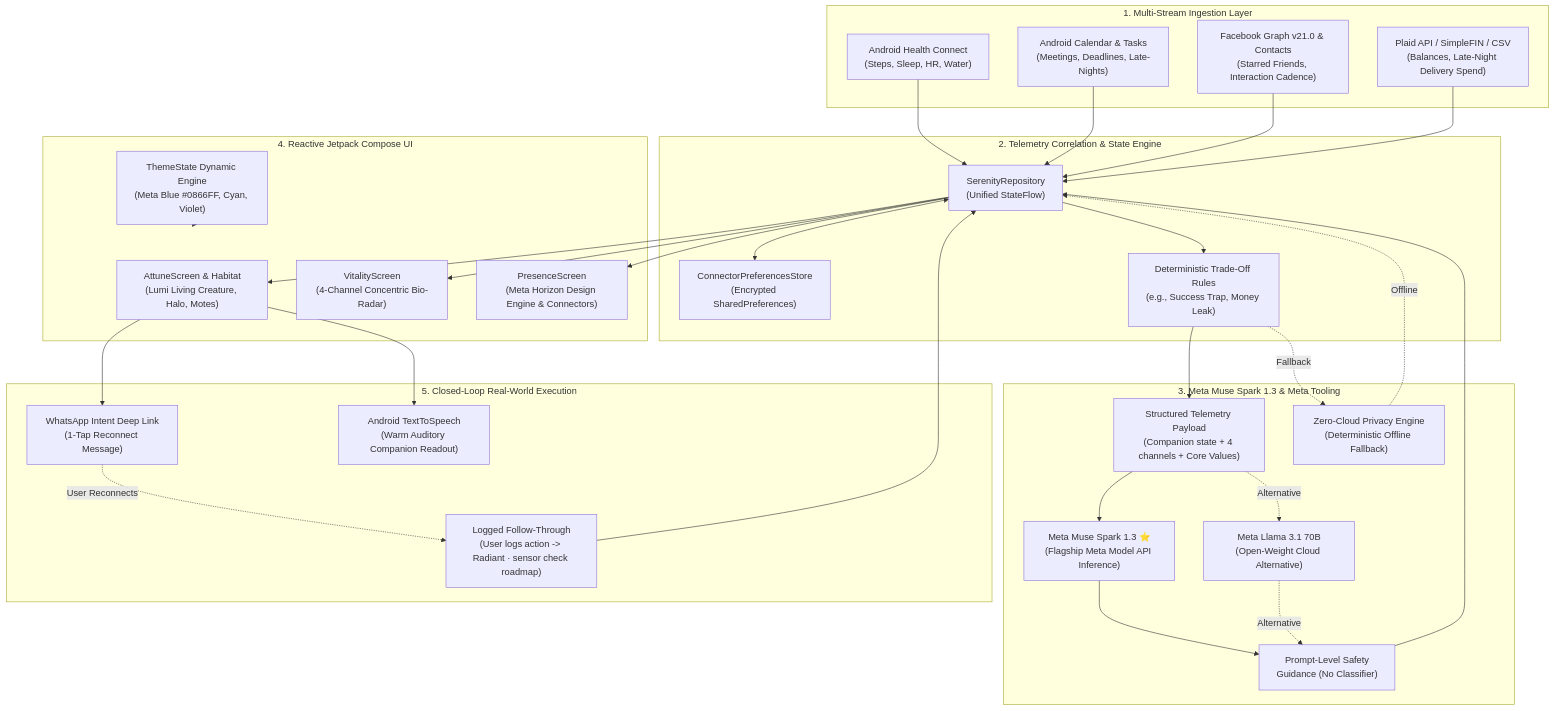
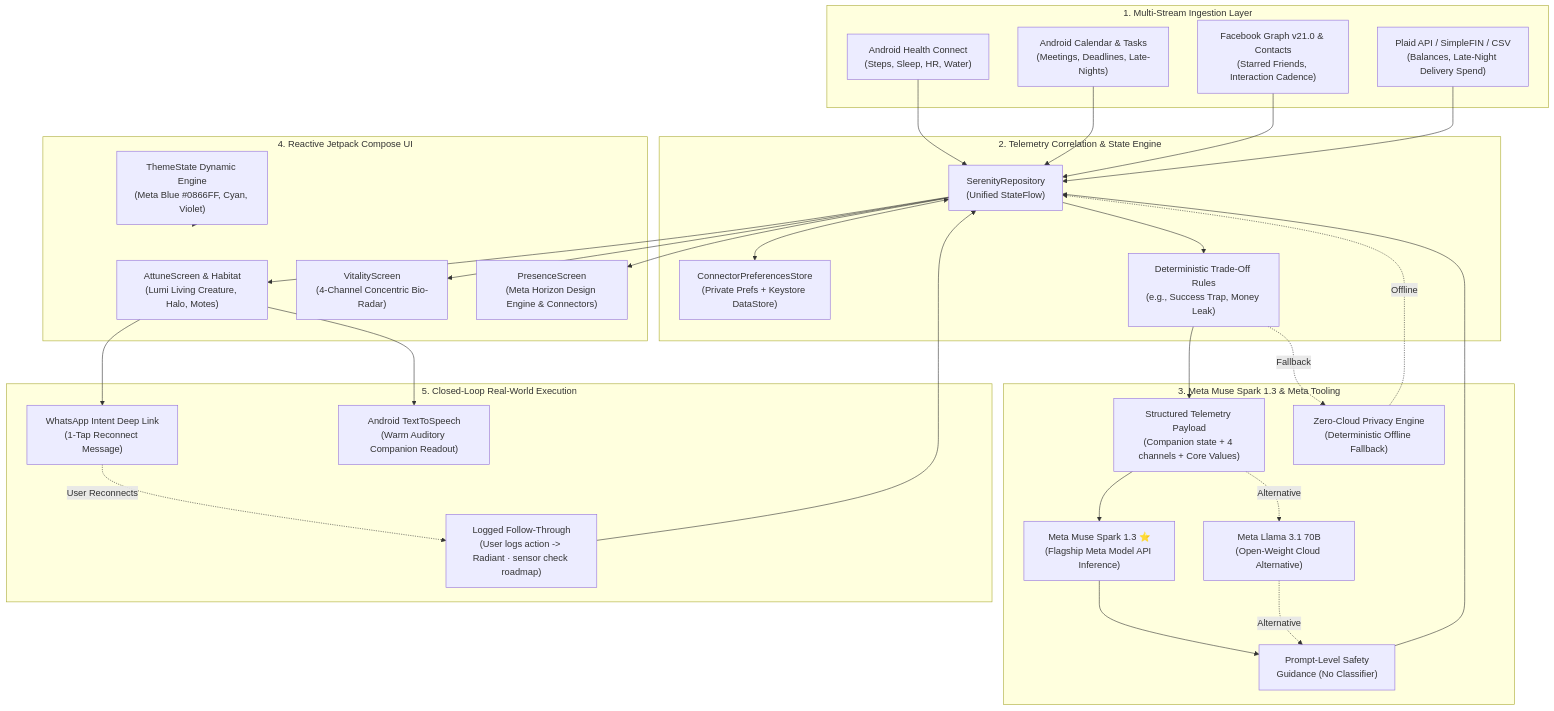
Before and after one commit to ashrafi/LifeSOS: the first of 2 diagrams in README.md, drawn with Mermaid. The commit also changed other lines of this file and 11 other files, not shown here.

````diff
--- a/README.md
+++ b/README.md
@@ -112,62 +112,62 @@
 ```mermaid
 flowchart TD
     subgraph DataSources["1. Multi-Stream Ingestion Layer"]
         HC["Android Health Connect<br/>(Steps, Sleep, HR, Water)"]
         CAL["Android Calendar & Tasks<br/>(Meetings, Deadlines, Late-Nights)"]
         SOC["Facebook Graph v21.0 & Contacts<br/>(Starred Friends, Interaction Cadence)"]
         FIN["Plaid API / SimpleFIN / CSV<br/>(Balances, Late-Night Delivery Spend)"]
     end
 
     subgraph CoreEngine["2. Telemetry Correlation & State Engine"]
         REPO["SerenityRepository<br/>(Unified StateFlow)"]
-        STORE["ConnectorPreferencesStore<br/>(Encrypted SharedPreferences)"]
+        STORE["ConnectorPreferencesStore<br/>(Private Prefs + Keystore DataStore)"]
         RULES["Deterministic Trade-Off Rules<br/>(e.g., Success Trap, Money Leak)"]
     end
 
     subgraph MetaIntelligence["3. Meta Muse Spark 1.3 & Meta Tooling"]
         PROMPT["Structured Telemetry Payload<br/>(Companion state + 4 channels + Core Values)"]
         SPARK["Meta Muse Spark 1.3 ⭐<br/>(Flagship Meta Model API Inference)"]
         LLAMA["Meta Llama 3.1 70B<br/>(Open-Weight Cloud Alternative)"]
         SAFETY["Prompt-Level Safety<br/>Guidance (No Classifier)"]
         LOCAL["Zero-Cloud Privacy Engine<br/>(Deterministic Offline Fallback)"]
     end
 
     subgraph UIExperience["4. Reactive Jetpack Compose UI"]
         HABITAT["AttuneScreen & Habitat<br/>(Lumi Living Creature, Halo, Motes)"]
         RADAR["VitalityScreen<br/>(4-Channel Concentric Bio-Radar)"]
         SETTINGS["PresenceScreen<br/>(Meta Horizon Design Engine & Connectors)"]
         THEME["ThemeState Dynamic Engine<br/>(Meta Blue #0866FF, Cyan, Violet)"]
     end
 
     subgraph Actions["5. Closed-Loop Real-World Execution"]
         WA["WhatsApp Intent Deep Link<br/>(1-Tap Reconnect Message)"]
         VOICE["Android TextToSpeech<br/>(Warm Auditory Companion Readout)"]
         VERIFY["Logged Follow-Through<br/>(User logs action -> Radiant · sensor check roadmap)"]
     end
 
     HC --> REPO
     CAL --> REPO
     SOC --> REPO
     FIN --> REPO
     REPO <--> STORE
     REPO --> RULES
 
     RULES --> PROMPT
     PROMPT --> SPARK
     SPARK --> SAFETY
     SAFETY --> REPO
     PROMPT -. Alternative .-> LLAMA
     LLAMA -. Alternative .-> SAFETY
     RULES -. Fallback .-> LOCAL
     LOCAL -. Offline .-> REPO
 
     REPO --> HABITAT
     REPO --> RADAR
     REPO --> SETTINGS
     THEME --> UIExperience
 
     HABITAT --> WA
     HABITAT --> VOICE
     WA -. User Reconnects .-> VERIFY
     VERIFY --> REPO
 ```
````
